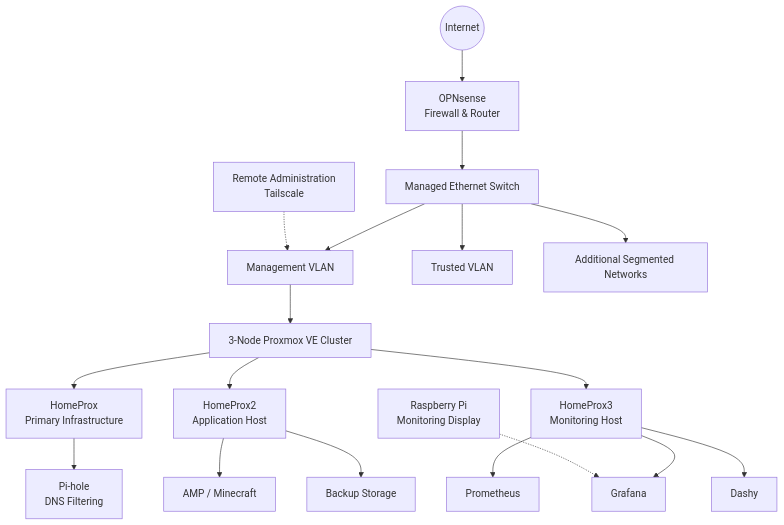
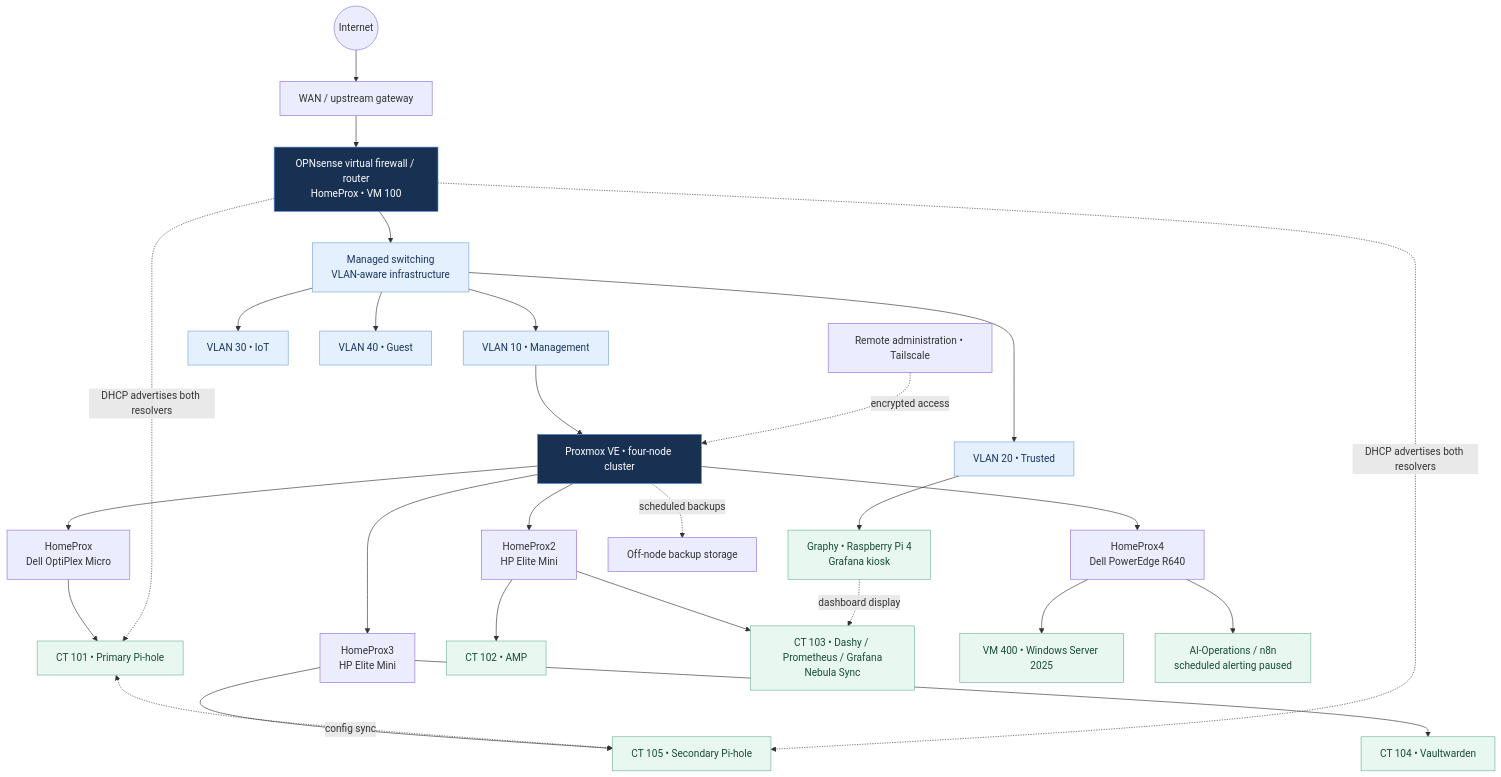
One commit to samuelkemp1619/HOMELAB-PORTFOLIO changed the diagram in network/diagrams/README.md. Above: the diagram before and after it, drawn with Mermaid. The commit also changed other lines of this file, not shown here.

Commit message:
docs: replace outdated three-node diagram with four-node logical topology

````diff
--- a/network/diagrams/README.md
+++ b/network/diagrams/README.md
@@ -9,31 +9,35 @@
 ```mermaid
 flowchart TB
-    Internet((Internet))
-
-    Internet --> FW["OPNsense<br/>Firewall & Router"]
-
-    FW --> SW["Managed Ethernet Switch"]
-
-    SW --> MGMT["Management VLAN"]
-    SW --> TRUST["Trusted VLAN"]
-    SW --> FUTURE["Additional Segmented Networks"]
-
-    MGMT --> CLUSTER["3-Node Proxmox VE Cluster"]
-
-    CLUSTER --> HP1["HomeProx<br/>Primary Infrastructure"]
-    CLUSTER --> HP2["HomeProx2<br/>Application Host"]
-    CLUSTER --> HP3["HomeProx3<br/>Monitoring Host"]
-
-    HP1 --> DNS["Pi-hole<br/>DNS Filtering"]
-
-    HP2 --> AMP["AMP / Minecraft"]
-    HP2 --> BACKUP["Backup Storage"]
-
-    HP3 --> PROM["Prometheus"]
-    HP3 --> GRAF["Grafana"]
-    HP3 --> DASH["Dashy"]
-
-    REMOTE["Remote Administration<br/>Tailscale"] -.-> MGMT
-
-    DISPLAY["Raspberry Pi<br/>Monitoring Display"] -.-> GRAF
+    WAN((Internet)) --> EDGE["WAN / upstream gateway"]
+    EDGE --> FW["OPNsense virtual firewall / router<br/>HomeProx • VM 100"]
+    FW --> SWITCH["Managed switching<br/>VLAN-aware infrastructure"]
+    SWITCH --> V10["VLAN 10 • Management"]
+    SWITCH --> V20["VLAN 20 • Trusted"]
+    SWITCH --> V30["VLAN 30 • IoT"]
+    SWITCH --> V40["VLAN 40 • Guest"]
+    V10 --> CLUSTER["Proxmox VE • four-node cluster"]
+    CLUSTER --> P1["HomeProx<br/>Dell OptiPlex Micro"]
+    CLUSTER --> P2["HomeProx2<br/>HP Elite Mini"]
+    CLUSTER --> P3["HomeProx3<br/>HP Elite Mini"]
+    CLUSTER --> P4["HomeProx4<br/>Dell PowerEdge R640"]
+    P1 --> DNS1["CT 101 • Primary Pi-hole"]
+    P2 --> APP["CT 102 • AMP"]
+    P2 --> OBS["CT 103 • Dashy / Prometheus / Grafana<br/>Nebula Sync"]
+    P3 --> VAULT["CT 104 • Vaultwarden"]
+    P3 --> DNS2["CT 105 • Secondary Pi-hole"]
+    P4 --> WIN["VM 400 • Windows Server 2025"]
+    P4 --> AI["AI-Operations / n8n<br/>scheduled alerting paused"]
+    DNS1 <-. "config sync" .-> DNS2
+    FW -. "DHCP advertises both resolvers" .-> DNS1
+    FW -. "DHCP advertises both resolvers" .-> DNS2
+    V20 --> GRAPHY["Graphy • Raspberry Pi 4<br/>Grafana kiosk"]
+    GRAPHY -. "dashboard display" .-> OBS
+    REMOTE["Remote administration • Tailscale"] -. "encrypted access" .-> CLUSTER
+    CLUSTER -. "scheduled backups" .-> BACKUP["Off-node backup storage"]
+    classDef core fill:#183153,color:#fff,stroke:#4c8ad5
+    classDef network fill:#e5f0ff,color:#17365d,stroke:#77a5d6
+    classDef service fill:#e9f7f1,color:#174d36,stroke:#71b49a
+    class FW,CLUSTER core
+    class SWITCH,V10,V20,V30,V40 network
+    class DNS1,DNS2,OBS,VAULT,GRAPHY,APP,WIN,AI service
 ```
````
